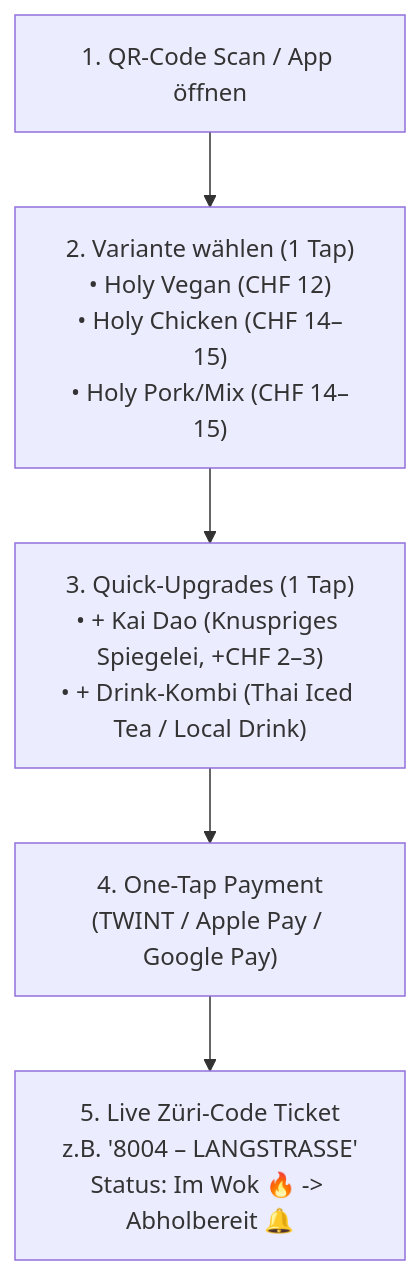
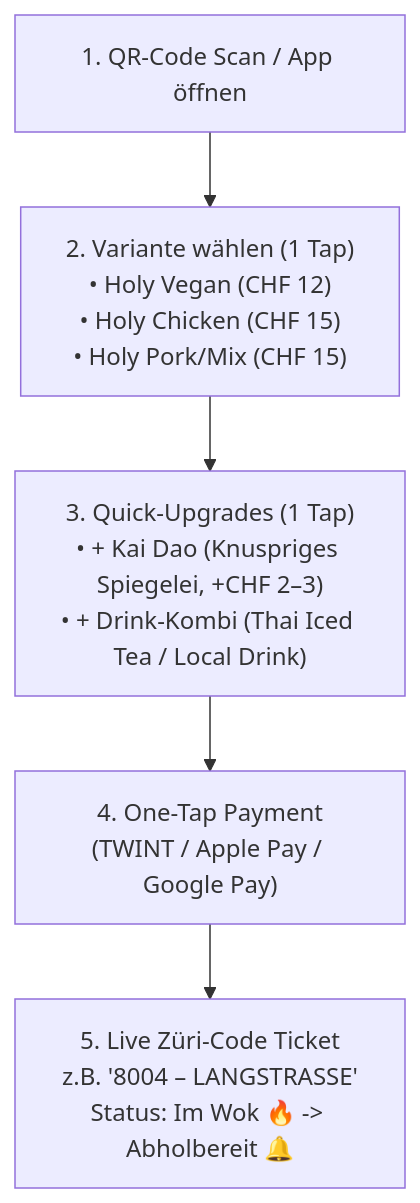
The diagram in README_APP_AND_TECH.md (ThuroG/holy-basil), drawn with Mermaid before and after one commit. The commit also changed other lines of this file and 26 other files, not shown here.

````diff
--- a/README_APP_AND_TECH.md
+++ b/README_APP_AND_TECH.md
@@ -55,7 +55,7 @@
 ```mermaid
 flowchart TD
-    A["1. QR-Code Scan / App öffnen"] --> B["2. Variante wählen (1 Tap)<br/>• Holy Vegan (CHF 12)<br/>• Holy Chicken (CHF 14–15)<br/>• Holy Pork/Mix (CHF 14–15)"]
+    A["1. QR-Code Scan / App öffnen"] --> B["2. Variante wählen (1 Tap)<br/>• Holy Vegan (CHF 12)<br/>• Holy Chicken (CHF 15)<br/>• Holy Pork/Mix (CHF 15)"]
     B --> C["3. Quick-Upgrades (1 Tap)<br/>• + Kai Dao (Knuspriges Spiegelei, +CHF 2–3)<br/>• + Drink-Kombi (Thai Iced Tea / Local Drink)"]
     C --> D["4. One-Tap Payment<br/>(TWINT / Apple Pay / Google Pay)"]
     D --> E["5. Live Züri-Code Ticket<br/>z.B. '8004 – LANGSTRASSE'<br/>Status: Im Wok 🔥 -> Abholbereit 🔔"]
 ```
````
